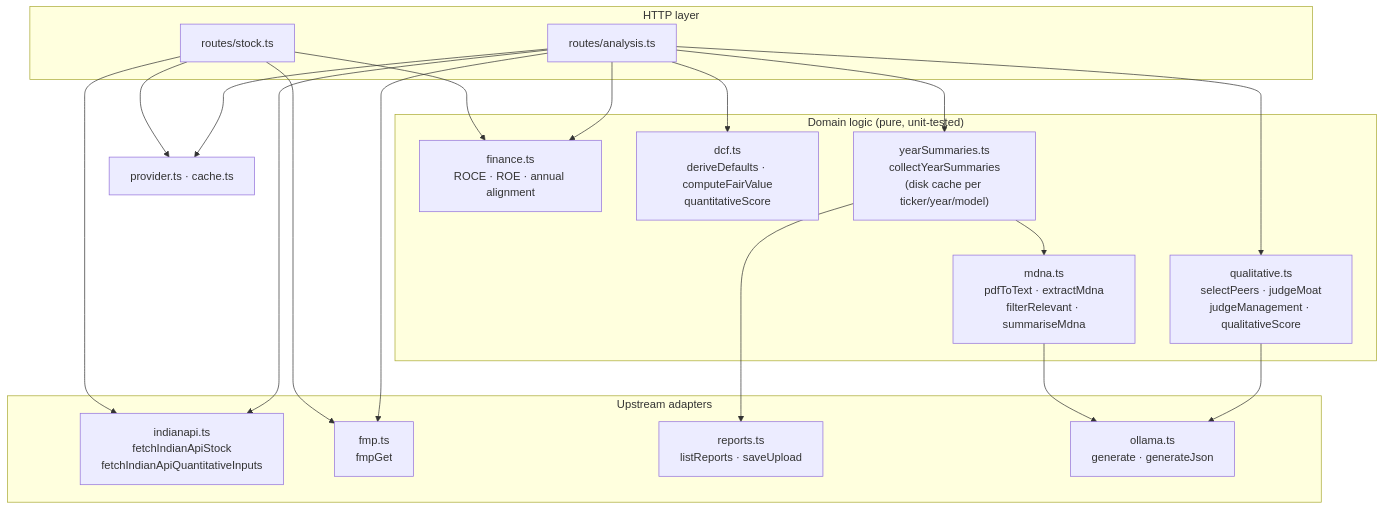
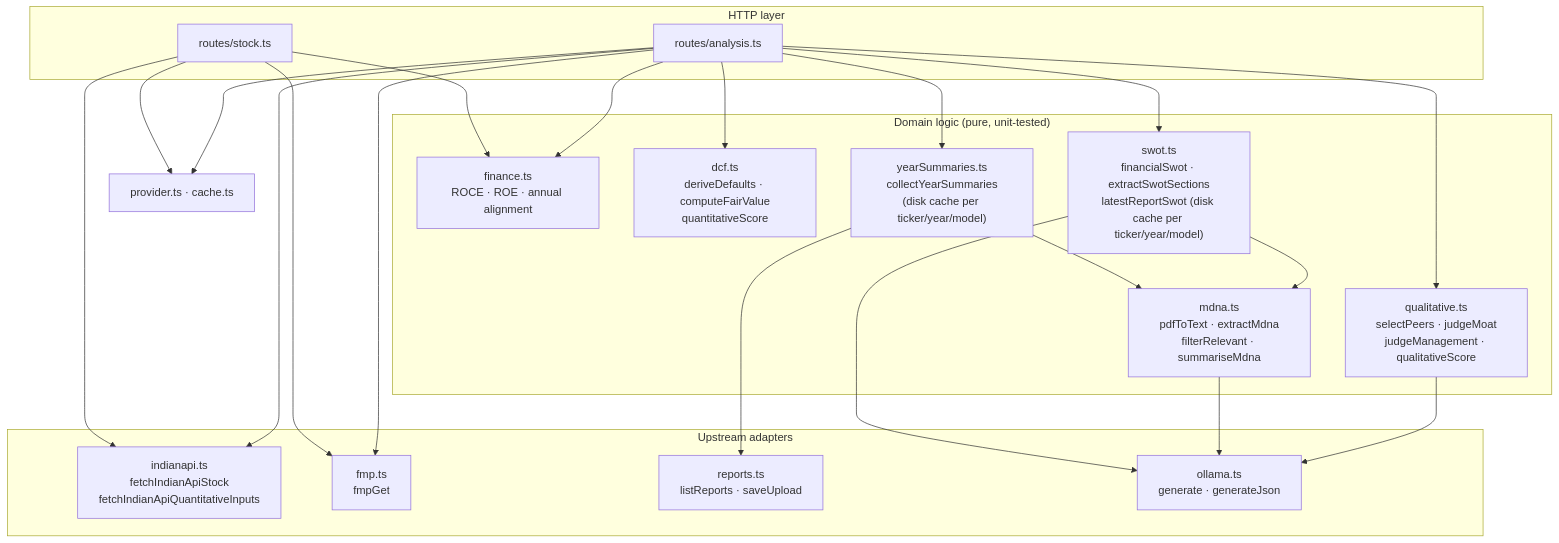
One commit to vigneshsn/dcf-stock-valuation changed the second of 6 diagrams in docs/architecture.md. Above: the diagram before and after it, drawn with Mermaid. The commit also changed other lines of this file and 15 other files, not shown here.

Commit message:
feat: SWOT analysis

````diff
--- a/docs/architecture.md
+++ b/docs/architecture.md
@@ -76,30 +77,32 @@
 ```mermaid
 flowchart TB
     subgraph routes["HTTP layer"]
         stockR["routes/stock.ts"]
         analysisR["routes/analysis.ts"]
     end
 
     subgraph adapters["Upstream adapters"]
         indianapi["indianapi.ts<br/>fetchIndianApiStock<br/>fetchIndianApiQuantitativeInputs"]
         fmpA["fmp.ts<br/>fmpGet"]
         reports["reports.ts<br/>listReports · saveUpload"]
         ollamaA["ollama.ts<br/>generate · generateJson"]
     end
 
     subgraph domain["Domain logic (pure, unit-tested)"]
         finance["finance.ts<br/>ROCE · ROE · annual alignment"]
         dcf["dcf.ts<br/>deriveDefaults · computeFairValue<br/>quantitativeScore"]
         mdna["mdna.ts<br/>pdfToText · extractMdna<br/>filterRelevant · summariseMdna"]
         years["yearSummaries.ts<br/>collectYearSummaries<br/>(disk cache per ticker/year/model)"]
         qual["qualitative.ts<br/>selectPeers · judgeMoat<br/>judgeManagement · qualitativeScore"]
+        swot["swot.ts<br/>financialSwot · extractSwotSections<br/>latestReportSwot (disk cache per ticker/year/model)"]
     end
 
     infra["provider.ts · cache.ts"]
 
     stockR --> indianapi & fmpA & finance & infra
-    analysisR --> indianapi & fmpA & dcf & years & qual & finance & infra
+    analysisR --> indianapi & fmpA & dcf & years & qual & swot & finance & infra
     years --> reports & mdna
+    swot --> mdna & ollamaA
     mdna --> ollamaA
     qual --> ollamaA
 ```
````
